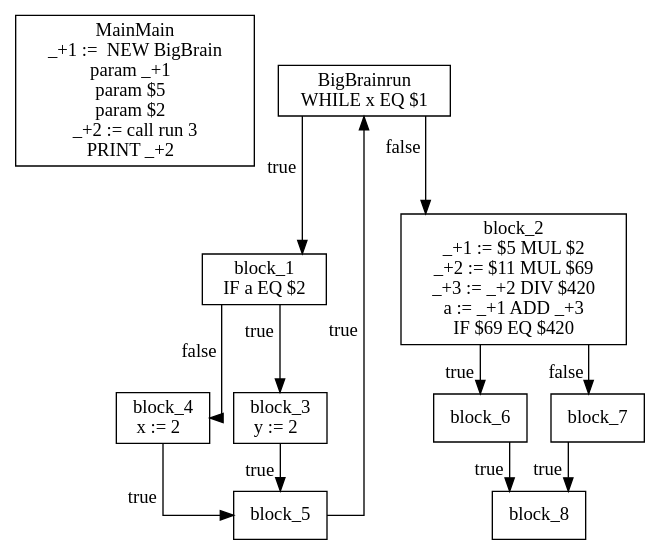
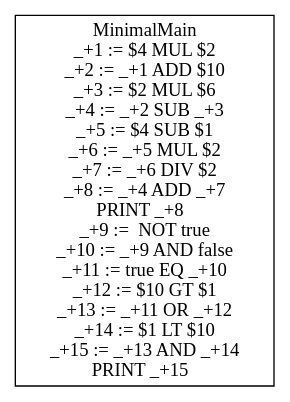
The diagram in dot.dot (AvanaPY/DV1655_Lab1), drawn with Graphviz before and after one commit. The commit also changed 3 other files, not shown here.

```diff
--- a/dot.dot
+++ b/dot.dot
@@ -1,25 +1,5 @@
 digraph {
   graph [splines=ortho]
   node [shape=box]
-  MainMain [label="MainMain\n_+1 :=  NEW BigBrain\nparam _+1  \nparam $5  \nparam $2  \n_+2 := call run 3\nPRINT _+2  \n"];
-  BigBrainrun [label="BigBrainrun\nWHILE x EQ $1\n"];
-  BigBrainrun -> block_1[xlabel="true"];
-  block_1 [label="block_1\nIF a EQ $2\n"];
-  block_1 -> block_3[xlabel="true"];
-  block_3 [label="block_3\ny := 2  \n"];
-  block_3 -> block_5[xlabel="true"];
-  block_5 [label="block_5\n"];
-  block_5 -> BigBrainrun[xlabel="true"];
-  block_1 -> block_4[xlabel="false"];
-  block_4 [label="block_4\nx := 2  \n"];
-  block_4 -> block_5[xlabel="true"];
-  BigBrainrun -> block_2[xlabel="false"];
-  block_2 [label="block_2\n_+1 := $5 MUL $2\n_+2 := $11 MUL $69\n_+3 := _+2 DIV $420\na := _+1 ADD _+3\nIF $69 EQ $420\n"];
-  block_2 -> block_6[xlabel="true"];
-  block_6 [label="block_6\n"];
-  block_6 -> block_8[xlabel="true"];
-  block_8 [label="block_8\n"];
-  block_2 -> block_7[xlabel="false"];
-  block_7 [label="block_7\n"];
-  block_7 -> block_8[xlabel="true"];
+  MinimalMain [label="MinimalMain\n_+1 := $4 MUL $2\n_+2 := _+1 ADD $10\n_+3 := $2 MUL $6\n_+4 := _+2 SUB _+3\n_+5 := $4 SUB $1\n_+6 := _+5 MUL $2\n_+7 := _+6 DIV $2\n_+8 := _+4 ADD _+7\nPRINT _+8  \n_+9 :=  NOT true\n_+10 := _+9 AND false\n_+11 := true EQ _+10\n_+12 := $10 GT $1\n_+13 := _+11 OR _+12\n_+14 := $1 LT $10\n_+15 := _+13 AND _+14\nPRINT _+15  \n"];
 }
```
